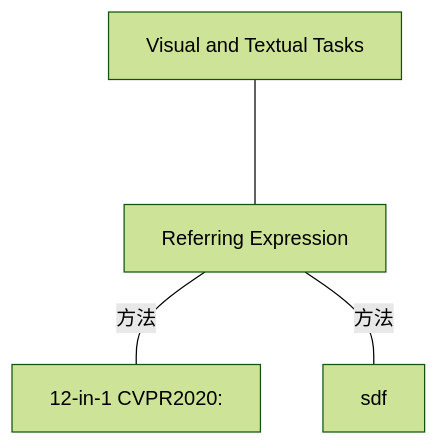
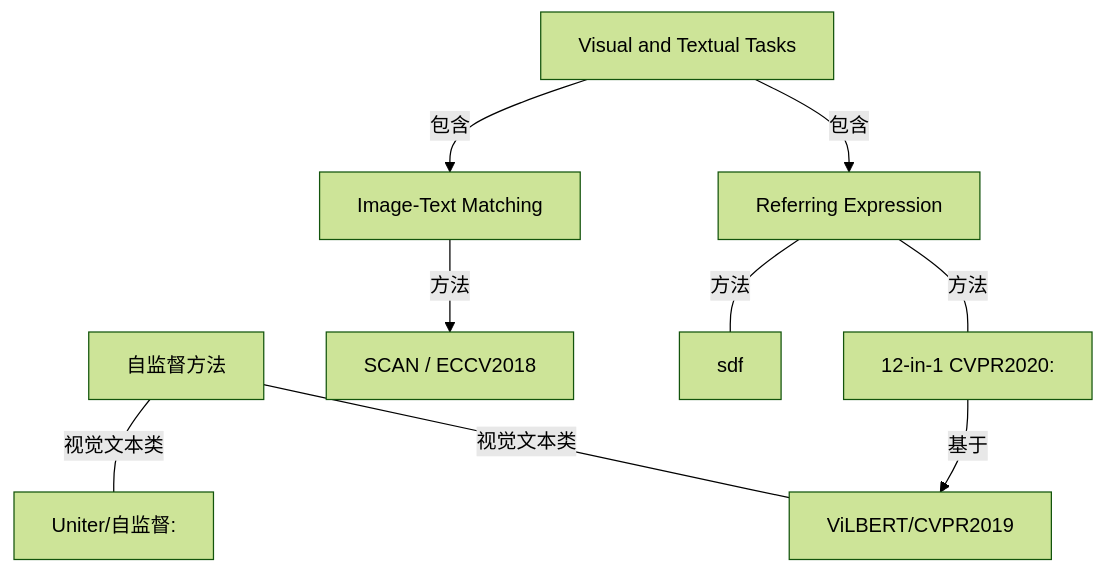
One commit to 2742195759/xkblog changed the second of 4 diagrams in _posts/2021-03-10-TOREAD.md. Above: the diagram before and after it, drawn with Mermaid (forest theme). The commit also changed other lines of this file and 2 other files, not shown here.

````diff
--- a/_posts/2021-03-10-TOREAD.md
+++ b/_posts/2021-03-10-TOREAD.md
@@ -38,13 +38,23 @@
 ```mermaid
 graph TD; 
-1[Visual and Textual Tasks] ---- 1.1[Referring Expression]
+1[Visual and Textual Tasks] --包含--> 1.1[Referring Expression]
+1 --包含--> 1.2[Image-Text Matching]
+1.2 --方法--> 1.2.1[SCAN / ECCV2018]
+2[自监督方法] --视觉文本类--- 1.1.1.1[ViLBERT]
+2 --视觉文本类--- 2.1[Uniter/自监督:<br>]
 1.1 -- 方法 --- 1.1.1[12-in-1 CVPR2020: <br> ]
+1.1.1 -- 基于 --> 1.1.1.1[ViLBERT/CVPR2019]
 1.1 -- 方法 --- 1.1.2[sdf]
 
 
 
 
 
+click 1.1.1 "https://openaccess.thecvf.com/content_CVPR_2020/html/Lu_12-in-1_Multi-Task_Vision_and_Language_Representation_Learning_CVPR_2020_paper.html" "CVPR2020"
 
-click 1.1.1 "https://openaccess.thecvf.com/content_CVPR_2020/html/Lu_12-in-1_Multi-Task_Vision_and_Language_Representation_Learning_CVPR_2020_paper.html" "CVPR2020"
+click 1.1.1.1 "#vilbert" "pdflink"
+
+click 2.1 "https://arxiv.org/abs/1909.11740" "pdflink"
+
+click 1.2.1 "#scan" "pagelink"
 ```
````
